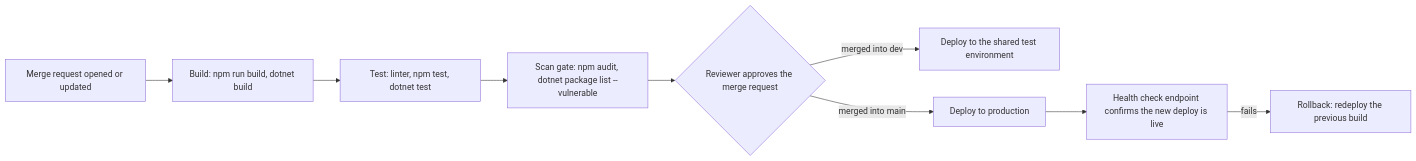
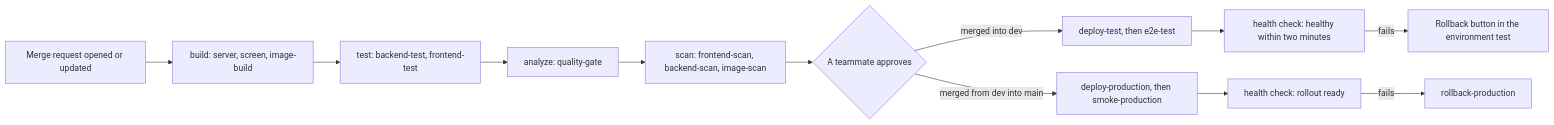
One commit to guruITA/connect-nine changed the third of 3 diagrams in docs/architecture/infrastructure.md. Above: the diagram before and after it, drawn with Mermaid. The commit also changed other lines of this file and 21 other files, not shown here.

````diff
--- a/docs/architecture/infrastructure.md
+++ b/docs/architecture/infrastructure.md
@@ -226,11 +312,14 @@
 ```mermaid
 flowchart LR
-    Push["Merge request opened or updated"] --> Build["Build: npm run build, dotnet build"]
-    Build --> Test["Test: linter, npm test, dotnet test"]
-    Test --> Scan["Scan gate: npm audit, dotnet package list --vulnerable"]
-    Scan --> Review{"Reviewer approves the merge request"}
-    Review -->|"merged into dev"| DeployTest["Deploy to the shared test environment"]
-    Review -->|"merged into main"| DeployProd["Deploy to production"]
-    DeployProd --> Health["Health check endpoint confirms the new deploy is live"]
-    Health -->|"fails"| Rollback["Rollback: redeploy the previous build"]
+    MR["Merge request opened or updated"] --> Build["build: server, screen, image-build"]
+    Build --> Test["test: backend-test, frontend-test"]
+    Test --> Analyze["analyze: quality-gate"]
+    Analyze --> Scan["scan: frontend-scan, backend-scan, image-scan"]
+    Scan --> Review{"A teammate approves"}
+    Review -->|"merged into dev"| DeployTest["deploy-test, then e2e-test"]
+    DeployTest --> HealthTest["health check: healthy within two minutes"]
+    HealthTest -->|"fails"| BackTest["Rollback button in the environment test"]
+    Review -->|"merged from dev into main"| DeployProd["deploy-production, then smoke-production"]
+    DeployProd --> HealthProd["health check: rollout ready"]
+    HealthProd -->|"fails"| BackProd["rollback-production"]
 ```
````
